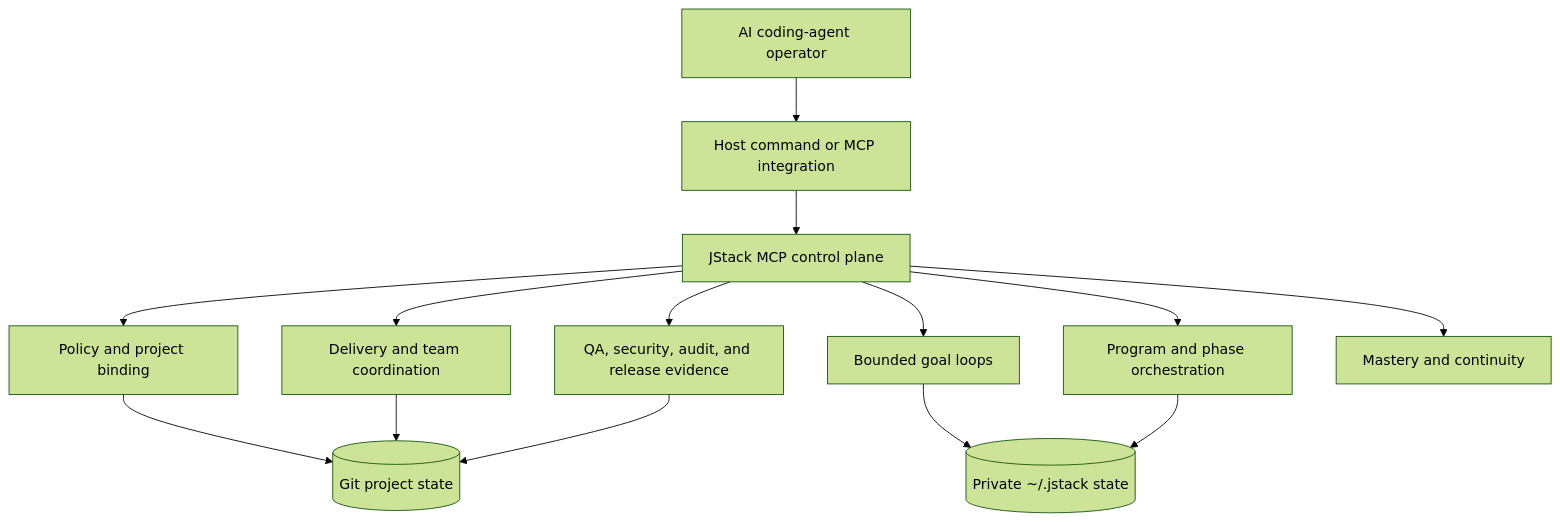
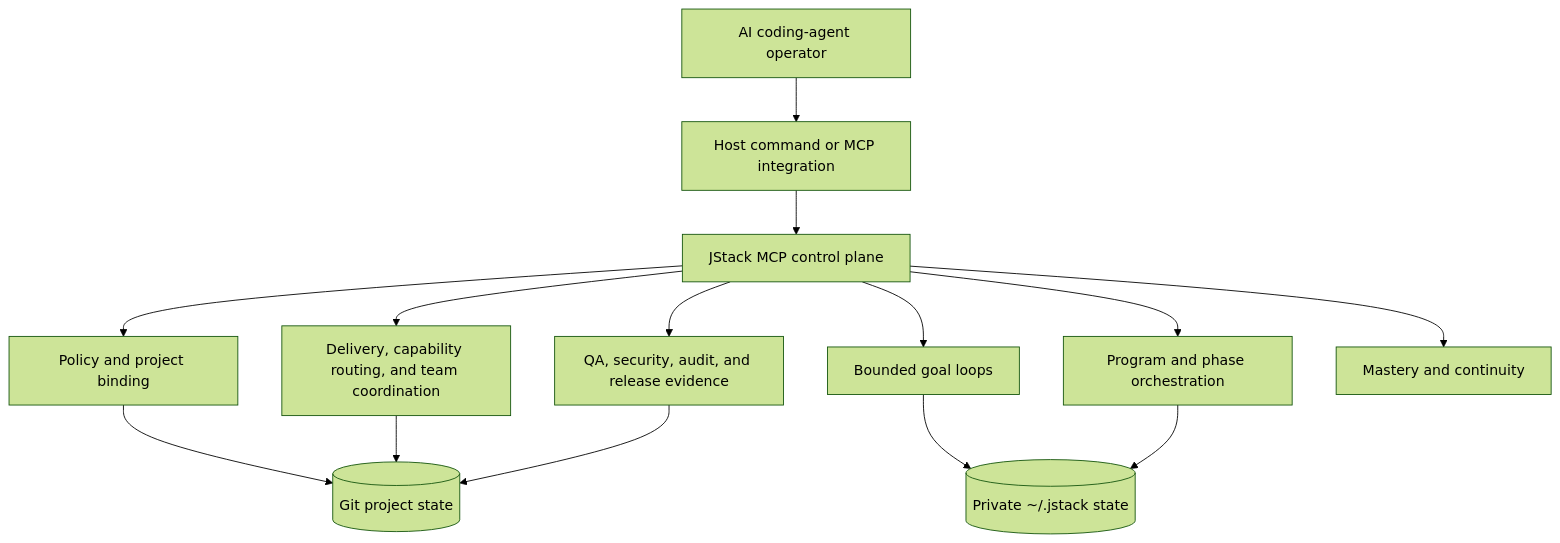
The second of 2 diagrams in README.md (JarodFroneman/jstack), drawn with Mermaid (forest theme) before and after one commit. The commit also changed other lines of this file and 71 other files, not shown here.

````diff
--- a/README.md
+++ b/README.md
@@ -193,18 +215,18 @@
 ```mermaid
 flowchart TB
     U[AI coding-agent operator] --> H[Host command or MCP integration]
     H --> M[JStack MCP control plane]
 
     M --> P[Policy and project binding]
-    M --> D[Delivery and team coordination]
+    M --> D[Delivery, capability routing, and team coordination]
     M --> E[QA, security, audit, and release evidence]
     M --> L[Bounded goal loops]
     M --> R[Program and phase orchestration]
     M --> T[Mastery and continuity]
 
     P --> G[(Git project state)]
     D --> G
     E --> G
     L --> X[(Private ~/.jstack state)]
     R --> X
 ```
````
